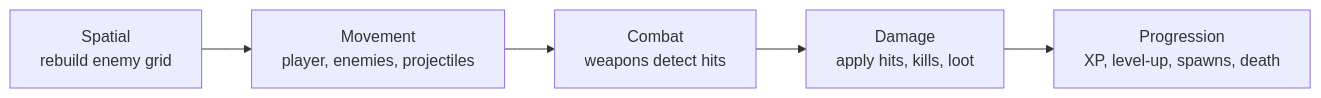
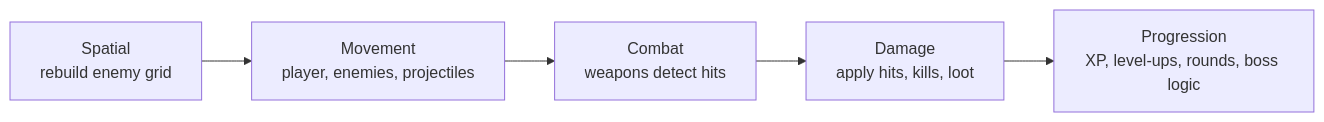
Before and after one commit to MichaelRimland/rust-rogue-like: the diagram in README.md, drawn with Mermaid. The commit also changed other lines of this file and 9 other files, not shown here.

````diff
--- a/README.md
+++ b/README.md
@@ -138,7 +166,7 @@
 ```mermaid
 flowchart LR
     S[Spatial<br/>rebuild enemy grid] --> M[Movement<br/>player, enemies, projectiles]
     M --> C[Combat<br/>weapons detect hits]
     C --> D[Damage<br/>apply hits, kills, loot]
-    D --> P[Progression<br/>XP, level-up, spawns, death]
+    D --> P[Progression<br/>XP, level-ups, rounds, boss logic]
 ```
````
